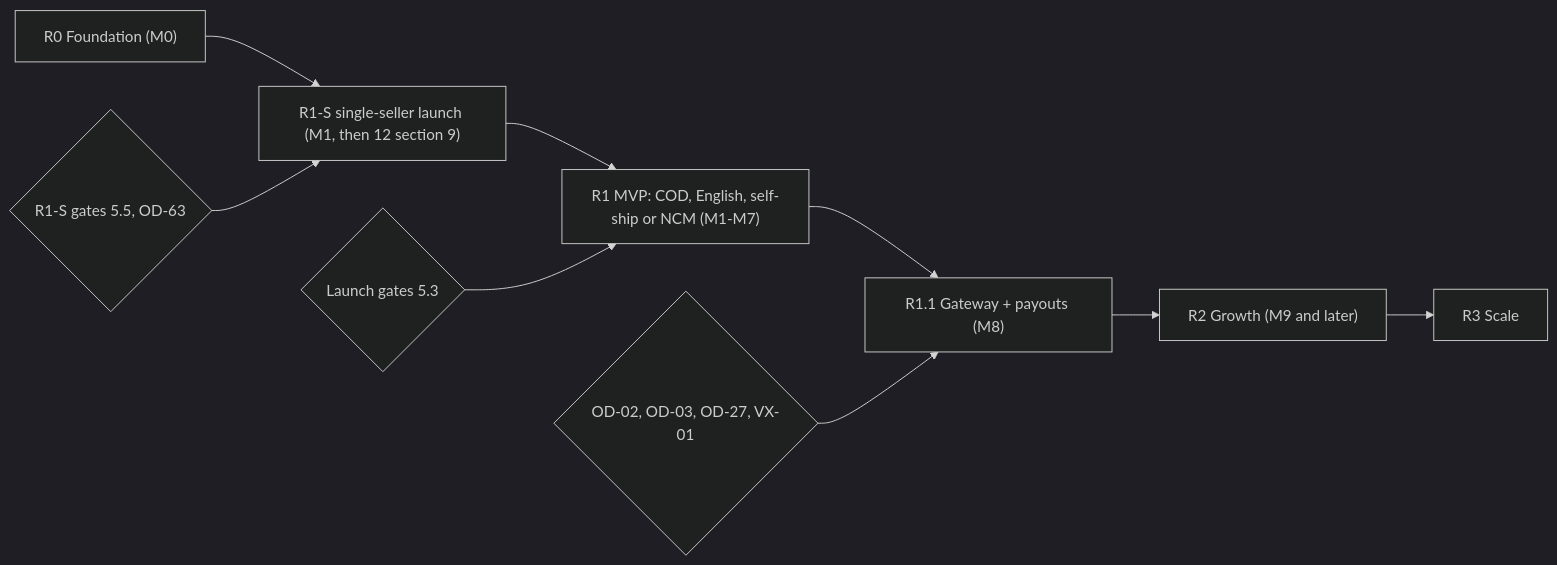
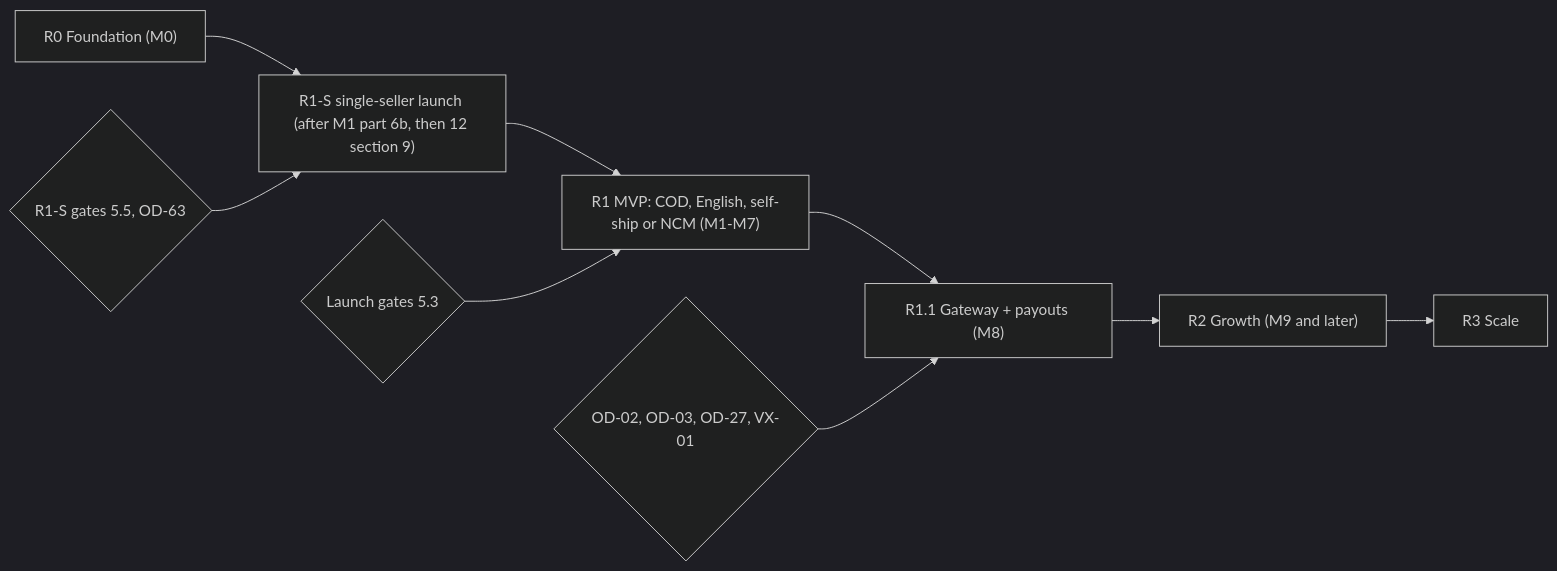
Before and after one commit to harublank0-0/drip-nepal: the third of 3 diagrams in docs/01-product-requirements.md, drawn with Mermaid (dark theme). The commit also changed other lines of this file and 7 other files, not shown here.

````diff
--- a/docs/01-product-requirements.md
+++ b/docs/01-product-requirements.md
@@ -295,11 +295,11 @@
 ```mermaid
 flowchart LR
-  R0["R0 Foundation (M0)"] --> R1S["R1-S single-seller launch (M1, then 12 section 9)"]
+  R0["R0 Foundation (M0)"] --> R1S["R1-S single-seller launch (after M1 part 6b, then 12 section 9)"]
   R1S --> R1["R1 MVP: COD, English, self-ship or NCM (M1-M7)"]
   R1 --> R11["R1.1 Gateway + payouts (M8)"]
   R11 --> R2["R2 Growth (M9 and later)"]
   R2 --> R3["R3 Scale"]
   G1{"Launch gates 5.3"} --> R1
   G0{"R1-S gates 5.5, OD-63"} --> R1S
   G2{"OD-02, OD-03, OD-27, VX-01"} --> R11
 ```
````
